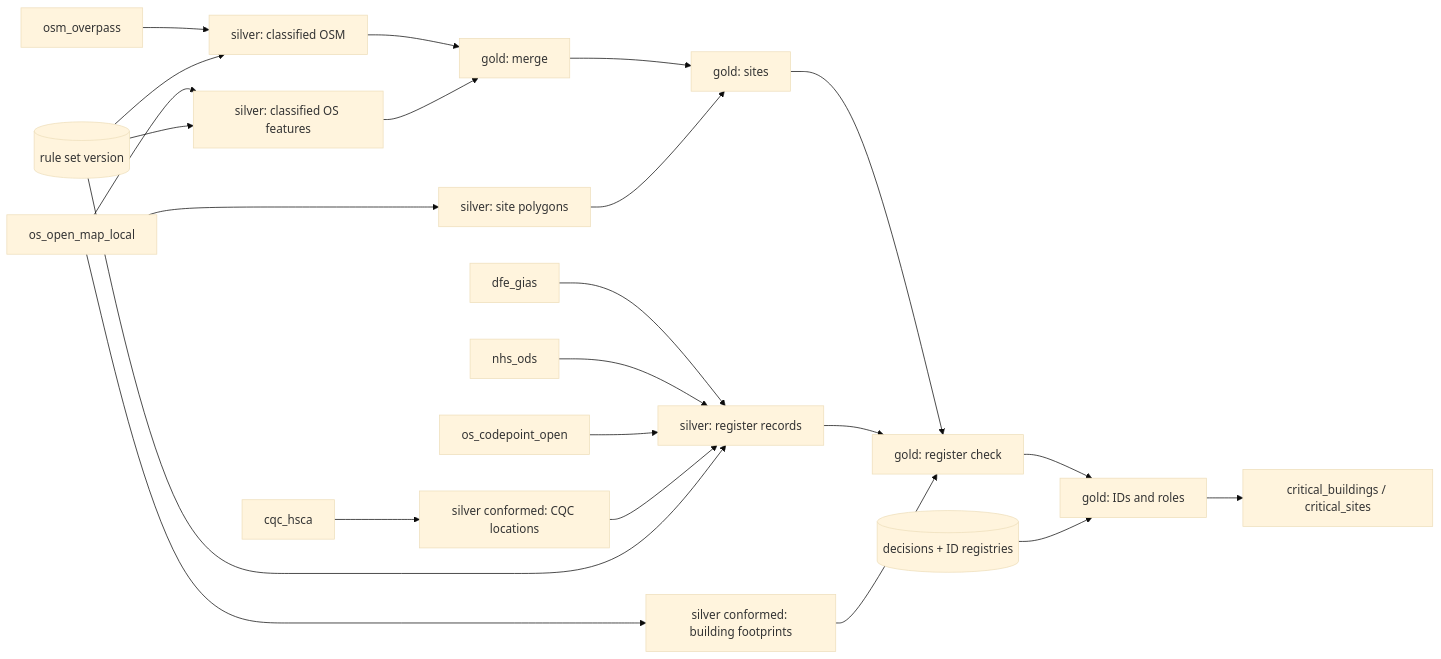
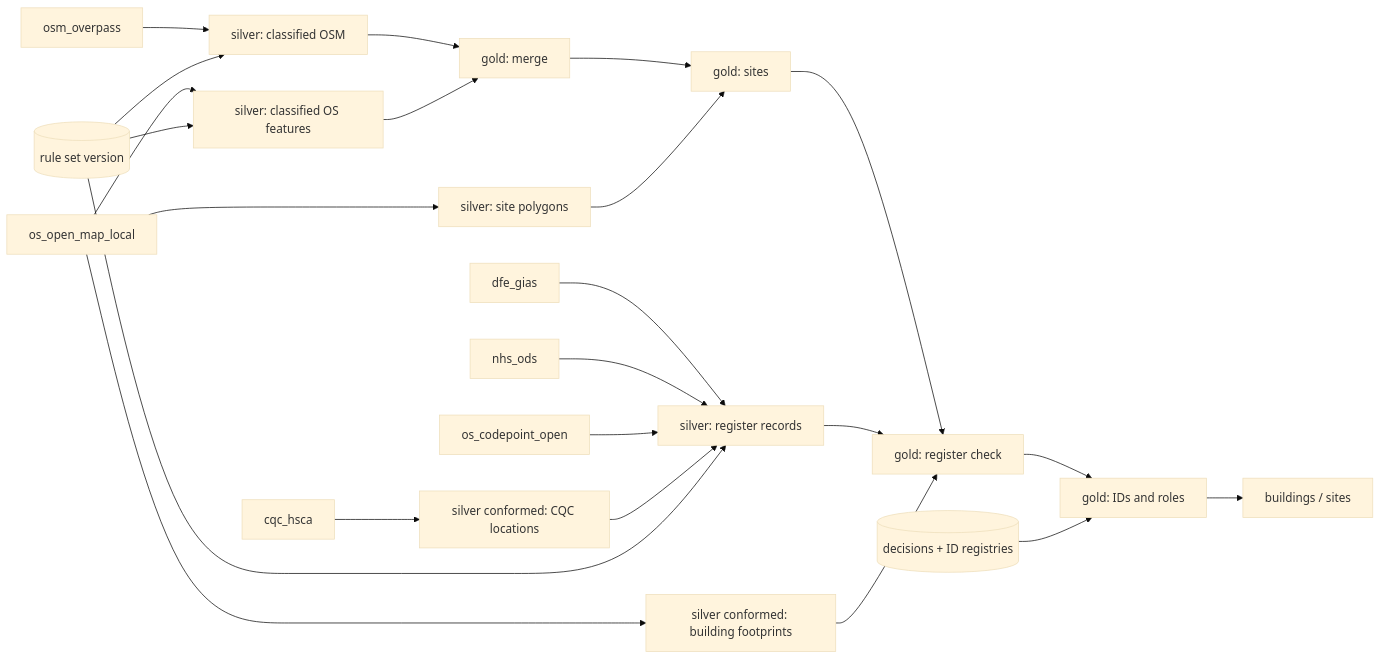
Before and after one commit to steadytack/CriticalBuildings: the second of 2 diagrams in docs/guide.md, drawn with Mermaid (base theme). The commit also changed other lines of this file and 59 other files, not shown here.

````diff
--- a/docs/guide.md
+++ b/docs/guide.md
@@ -165,23 +166,23 @@
 ```mermaid
 flowchart LR
     osm[osm_overpass] --> cls[silver: classified OSM]
     oml[os_open_map_local] --> cos[silver: classified OS features]
     oml --> fs[silver: site polygons]
     oml --> bf[silver conformed: building footprints]
     cqc[cqc_hsca] --> cc[silver conformed: CQC locations]
     dfe[dfe_gias] --> reg[silver: register records]
     nhs[nhs_ods] --> reg
     cp[os_codepoint_open] --> reg
     cc --> reg
     rules[(rule set version)] --> cls
     rules --> cos
     rules --> reg
     cls --> m[gold: merge]
     cos --> m --> s[gold: sites] --> r[gold: register check]
     fs --> s
     reg --> r
     bf --> r
     r --> id[gold: IDs and roles]
     ov[(decisions + ID registries)] --> id
-    id --> out[critical_buildings / critical_sites]
+    id --> out[buildings / sites]
 ```
````
